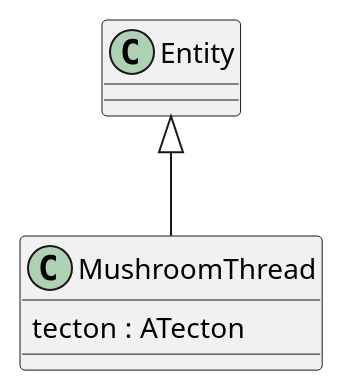
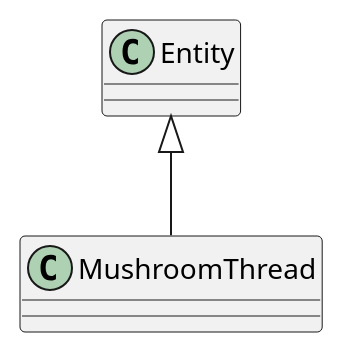
One commit to Petya-G/fungorium changed the diagram in 3/classes/mushroomThread.puml. Above: the diagram before and after it, drawn with PlantUML. The commit also changed 2 other files, not shown here.

Commit message:
#make Entity know it's containing tecton

```diff
--- a/3/classes/mushroomThread.puml
+++ b/3/classes/mushroomThread.puml
@@ -1,7 +1,6 @@
 @startuml mushroomThread
 
 Entity <|-- MushroomThread
 class MushroomThread{
-    tecton : ATecton
 }
 @enduml
```
